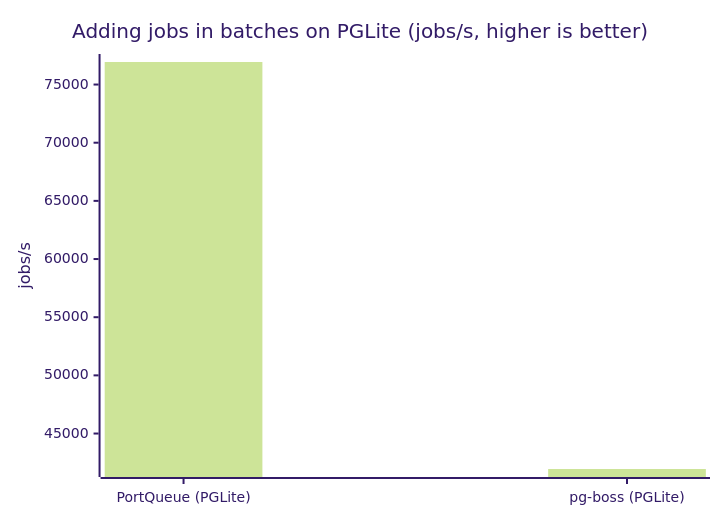
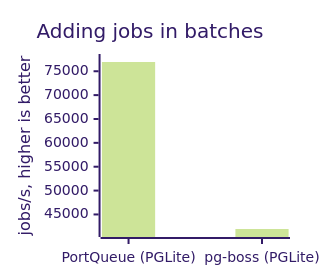
One commit to episclera/portqueue changed the second of 3 diagrams in README.md. Above: the diagram before and after it, drawn with Mermaid (forest theme). The commit also changed other lines of this file and 2 other files, not shown here.

Commit message:
docs(readme): one row of small benchmark charts, homepage feature list, contributing before license

````diff
--- a/README.md
+++ b/README.md
@@ -74,7 +76,8 @@
 ```mermaid
+%%{init: {"xyChart": {"width": 280, "height": 260}}}%%
 xychart-beta
-    title "Adding jobs in batches on PGLite (jobs/s, higher is better)"
+    title "Adding jobs in batches"
     x-axis ["PortQueue (PGLite)", "pg-boss (PGLite)"]
-    y-axis "jobs/s"
+    y-axis "jobs/s, higher is better"
     bar [76937.5, 41951.5]
 ```
````
